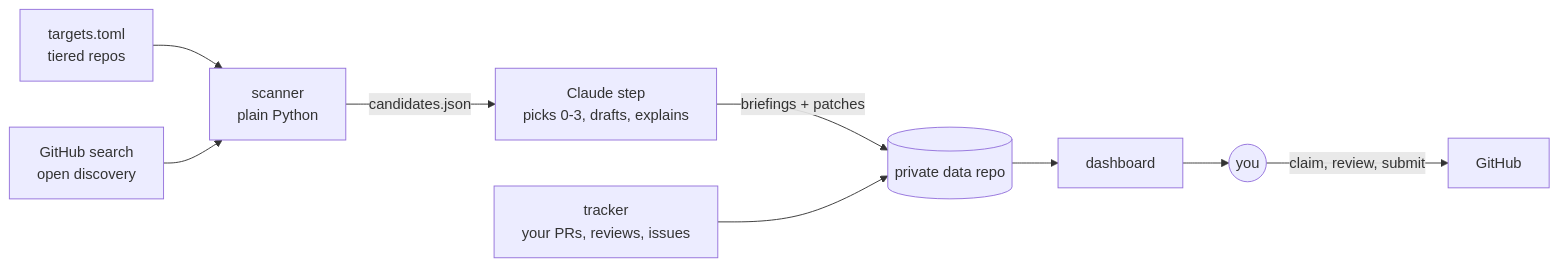
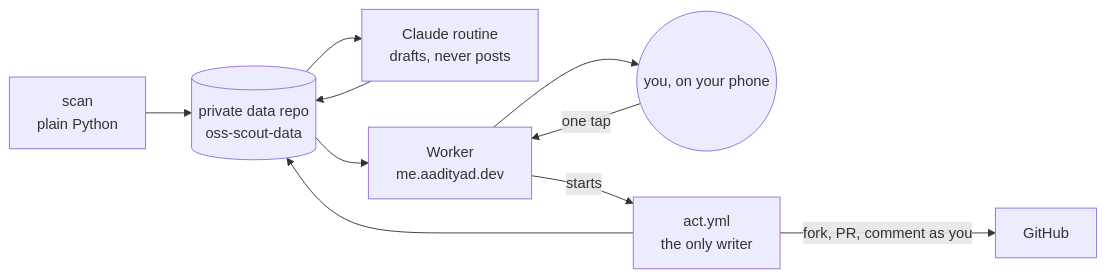
The diagram in README.md (aadityad12/oss-scout), drawn with Mermaid before and after one commit. The commit also changed other lines of this file and 28 other files, not shown here.

First line of the commit message:
One-tap contributions: ready items, private dashboard, submit workflow, new public page (#2)

````diff
--- a/README.md
+++ b/README.md
@@ -21,11 +29,12 @@
 ```mermaid
 flowchart LR
-  A[targets.toml<br/>tiered repos] --> S
-  B[GitHub search<br/>open discovery] --> S
-  S[scanner<br/>plain Python] -->|candidates.json| C[Claude step<br/>picks 0-3, drafts, explains]
-  C -->|briefings + patches| D[(private data repo)]
-  T[tracker<br/>your PRs, reviews, issues] --> D
-  D --> R[dashboard]
-  R --> H((you))
-  H -->|claim, review, submit| GH[GitHub]
+  S[scan<br/>plain Python] --> D[(private data repo<br/>oss-scout-data)]
+  D --> R[Claude routine<br/>drafts, never posts]
+  R --> D
+  D --> W[Worker<br/>me.aadityad.dev]
+  W --> P((you, on your phone))
+  P -->|one tap| W
+  W -->|starts| A[act.yml<br/>the only writer]
+  A -->|fork, PR, comment as you| GH[GitHub]
+  A --> D
 ```
````
